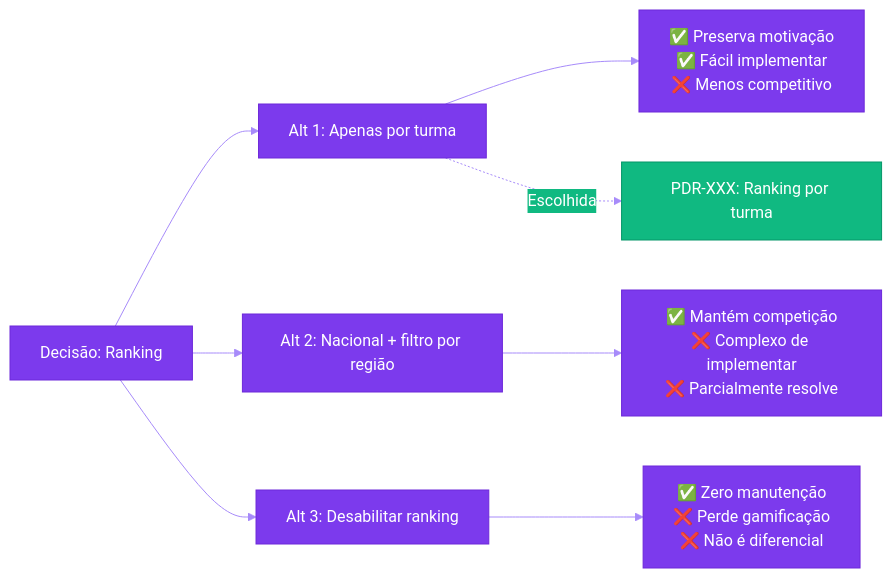
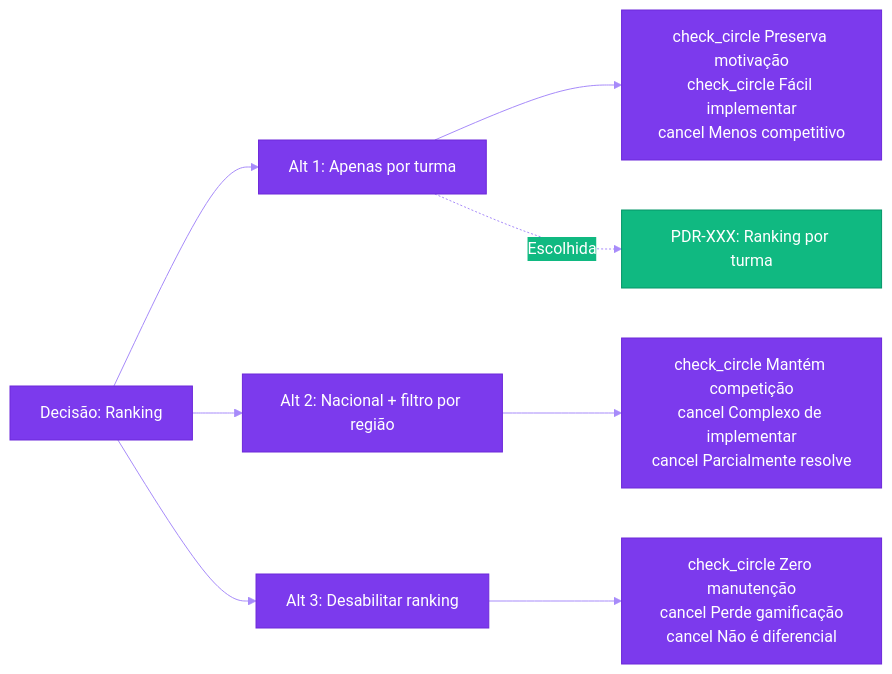
One commit to fabioeducacross/Ambiente_de_Prototipacao_V5 changed the diagram in documentation/docs/decisions/template.md. Above: the diagram before and after it, drawn with Mermaid. The commit also changed other lines of this file and 46 other files, not shown here.

First line of the commit message:
feat: substitui emojis por Material Symbols icons na wiki

````diff
--- a/documentation/docs/decisions/template.md
+++ b/documentation/docs/decisions/template.md
@@ -162,16 +162,16 @@
 ```mermaid
 %%{init: {'theme':'base', 'themeVariables': {'primaryColor':'#7C3AED','primaryTextColor':'#fff','primaryBorderColor':'#6D28D9','lineColor':'#A78BFA','secondaryColor':'#10B981','tertiaryColor':'#F59E0B'}}}%%
 graph LR
     A[Decisão: Ranking] --> B[Alt 1: Apenas por turma]
     A --> C[Alt 2: Nacional + filtro por região]
     A --> D[Alt 3: Desabilitar ranking]
     
-    B --> B1[✅ Preserva motivação<br/>✅ Fácil implementar<br/>❌ Menos competitivo]
-    C --> C1[✅ Mantém competição<br/>❌ Complexo de implementar<br/>❌ Parcialmente resolve]
-    D --> D1[✅ Zero manutenção<br/>❌ Perde gamificação<br/>❌ Não é diferencial]
+    B --> B1[<span class="material-symbols-outlined">check_circle</span> Preserva motivação<br/><span class="material-symbols-outlined">check_circle</span> Fácil implementar<br/><span class="material-symbols-outlined">cancel</span> Menos competitivo]
+    C --> C1[<span class="material-symbols-outlined">check_circle</span> Mantém competição<br/><span class="material-symbols-outlined">cancel</span> Complexo de implementar<br/><span class="material-symbols-outlined">cancel</span> Parcialmente resolve]
+    D --> D1[<span class="material-symbols-outlined">check_circle</span> Zero manutenção<br/><span class="material-symbols-outlined">cancel</span> Perde gamificação<br/><span class="material-symbols-outlined">cancel</span> Não é diferencial]
     
     B -.Escolhida.-> E[PDR-XXX: Ranking por turma]
     
     style E fill:#10B981,stroke:#059669,color:#fff
     style B fill:#7C3AED,stroke:#6D28D9,color:#fff
 ```
````
